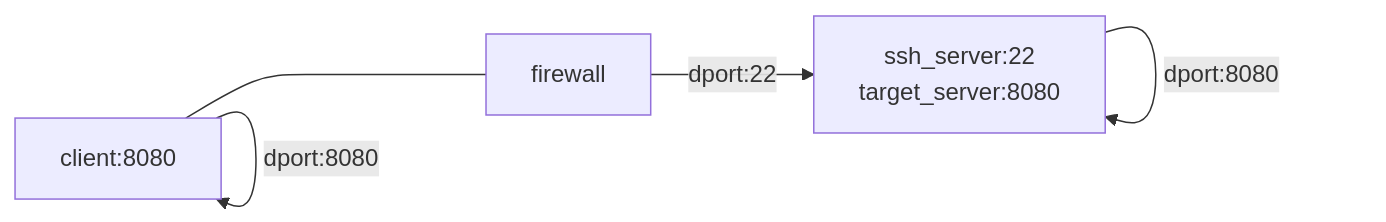
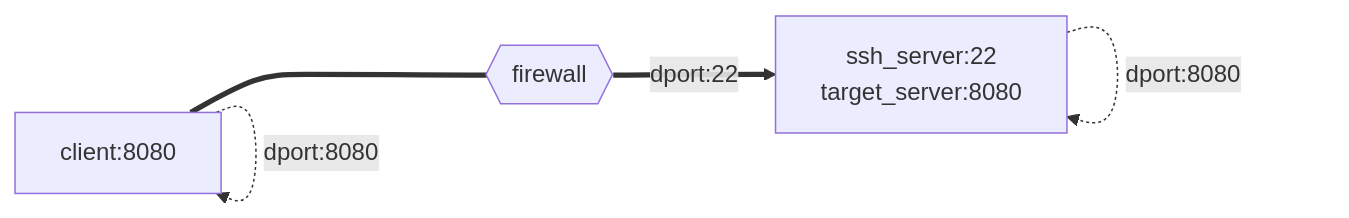
The fourth of 6 diagrams in markdown/diagrams.md (myseq/notes), drawn with Mermaid before and after one commit.

````diff
--- a/markdown/diagrams.md
+++ b/markdown/diagrams.md
@@ -25,12 +25,12 @@
 ```mermaid
 graph LR
     client[client:8080]
-    firewall[firewall]
+    firewall{{firewall}}
     ssh_svr["ssh_server:22
              target_server:8080"]
     
-    client --> |dport:8080| client
-    client ---- firewall --> |dport:22| ssh_svr
-    ssh_svr --> |dport:8080| ssh_svr
+    client -.-> |dport:8080| client
+    client ==== firewall ==> |dport:22| ssh_svr
+    ssh_svr -.-> |dport:8080| ssh_svr
 
 ```
````
